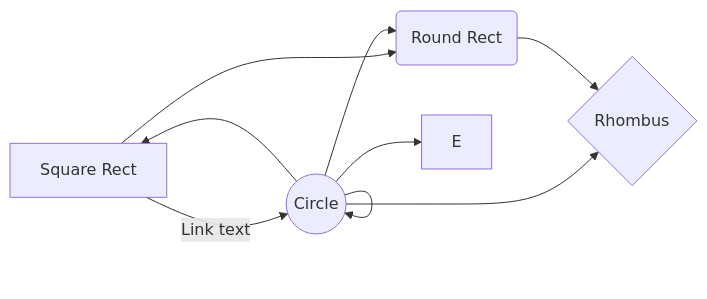
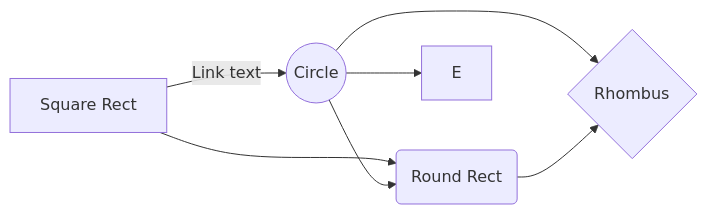
The diagram in GIT CHEAT SHEET.md (ZuckerburgWho/Test2), drawn with Mermaid before and after one commit.

Commit message:
Update GIT CHEAT SHEET.md

````diff
--- a/GIT CHEAT SHEET.md
+++ b/GIT CHEAT SHEET.md
@@ -50,11 +50,9 @@
 ```mermaid
 graph LR
 A[Square Rect] -- Link text --> B((Circle))
 A --> C(Round Rect)
 B --> D{Rhombus}
 C --> D
 B --> C
-B --> A
 B --> E
-B --> B
 ```
````
